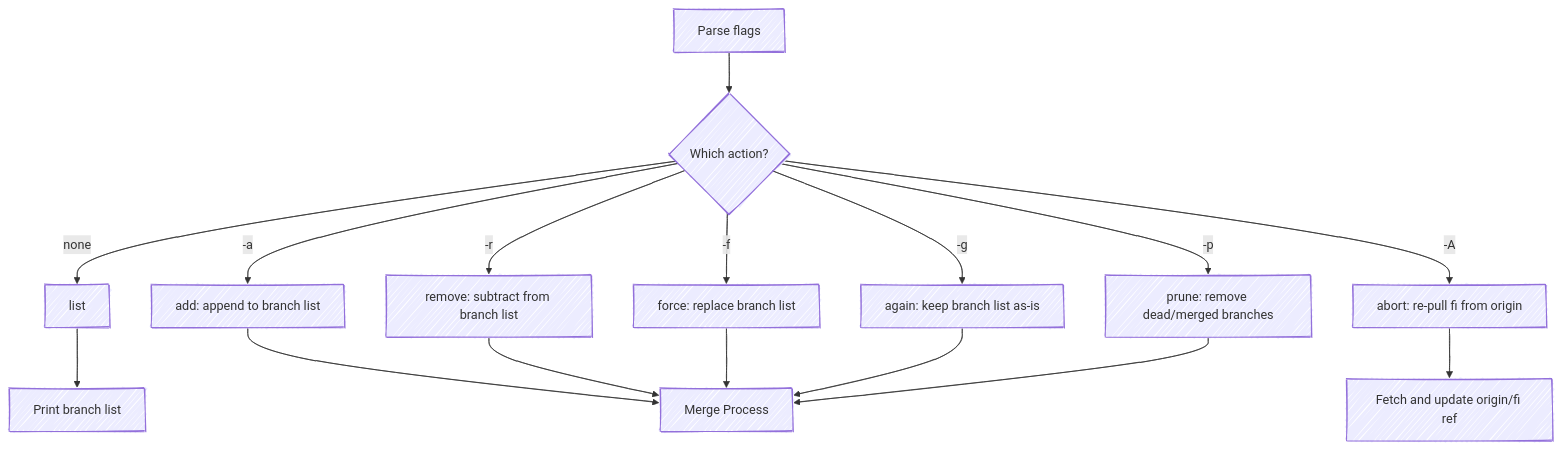
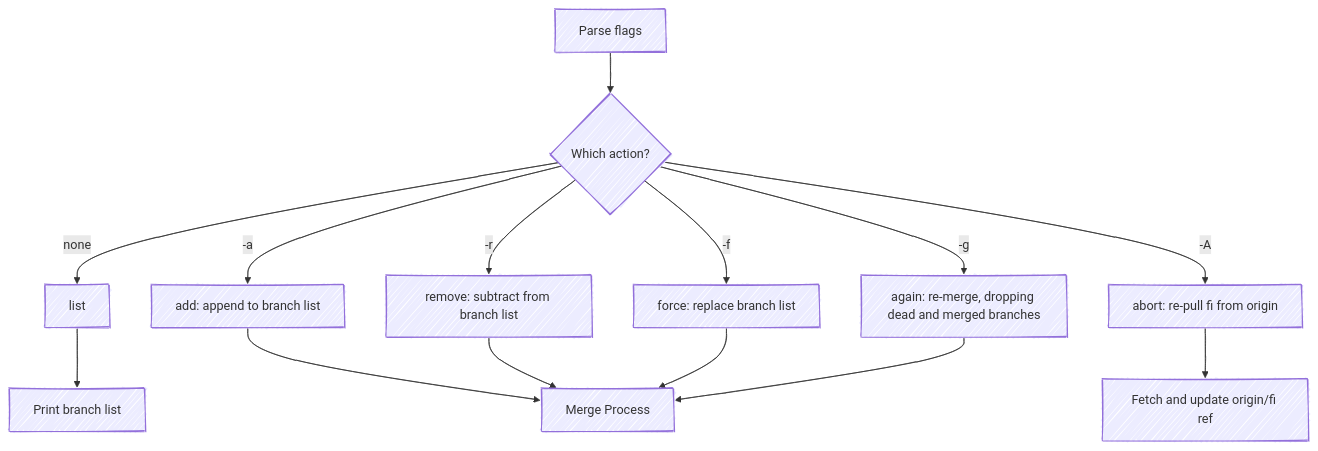
One commit to gettyimages/git-fi changed the second of 3 diagrams in SPEC.md. Above: the diagram before and after it, drawn with Mermaid. The commit also changed other lines of this file and 19 other files, not shown here.

````diff
--- a/SPEC.md
+++ b/SPEC.md
@@ -136,21 +136,19 @@
 ```mermaid
 %%{ init: { 'look': 'handDrawn' } }%%
 flowchart TD
     A[Parse flags] --> B{Which action?}
     B -- none --> L[list]
     B -- -a --> ADD[add: append to branch list]
     B -- -r --> REM[remove: subtract from branch list]
     B -- -f --> FRC[force: replace branch list]
-    B -- -g --> AGN[again: keep branch list as-is]
-    B -- -p --> PRN[prune: remove dead/merged branches]
+    B -- -g --> AGN[again: re-merge, dropping dead and merged branches]
     B -- -A --> ABT[abort: re-pull fi from origin]
 
     ADD --> M[Merge Process]
     REM --> M
     FRC --> M
     AGN --> M
-    PRN --> M
 
     L --> OUT[Print branch list]
     ABT --> PULL[Fetch and update origin/fi ref]
 ```
````
